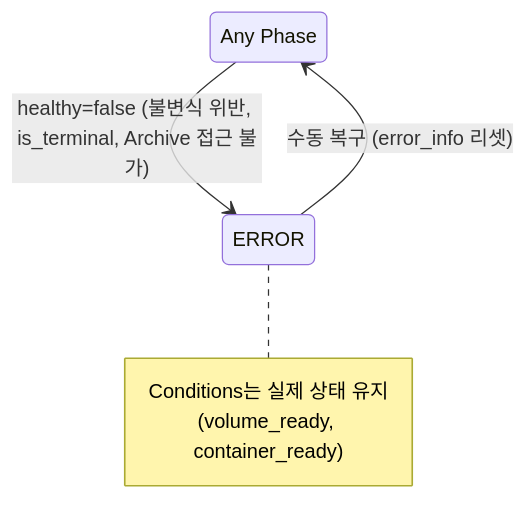
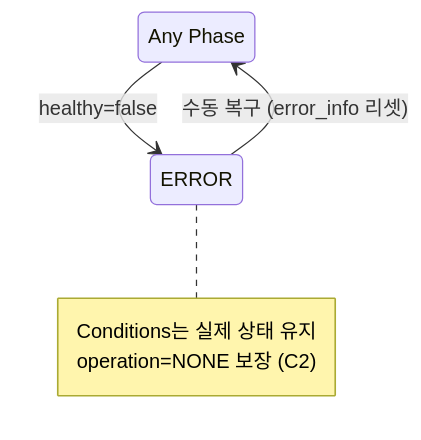
Before and after one commit to cagojeiger/code-hub: the third of 7 diagrams in docs/spec_v2/02-states.md, drawn with Mermaid. The commit also changed other lines of this file and 21 other files, not shown here.

````diff
--- a/docs/spec_v2/02-states.md
+++ b/docs/spec_v2/02-states.md
@@ -149,14 +212,14 @@
 ```mermaid
 stateDiagram-v2
     direction TB
     state "Any Phase" as any
     state "ERROR" as error
 
-    any --> error: healthy=false (불변식 위반, is_terminal, Archive 접근 불가)
+    any --> error: healthy=false
     error --> any: 수동 복구 (error_info 리셋)
 
     note right of error
         Conditions는 실제 상태 유지
-        (volume_ready, container_ready)
+        operation=NONE 보장 (C2)
     end note
 ```
````
